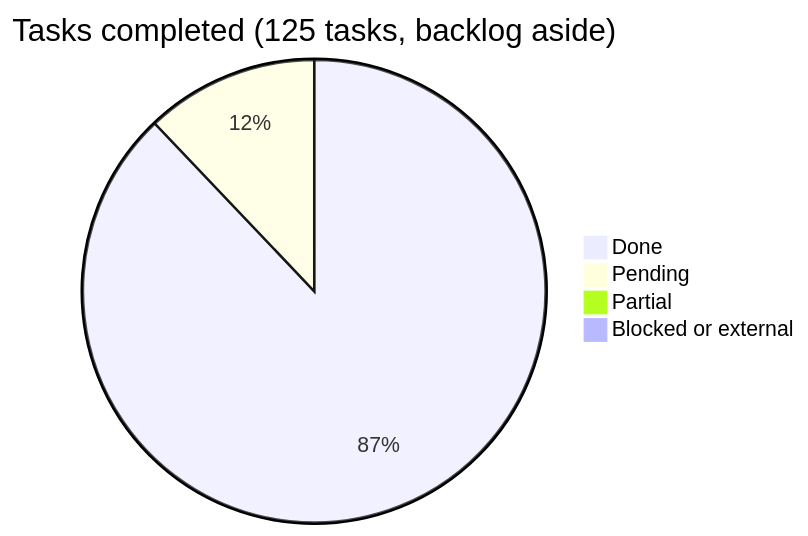
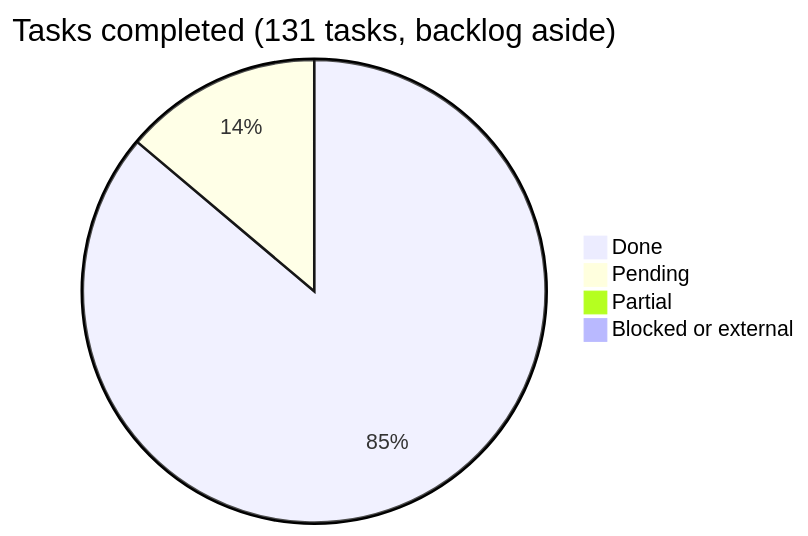
One commit to araguaney-lat/araguaney-app changed the diagram in docs/roadmap/README.md. Above: the diagram before and after it, drawn with Mermaid. The commit also changed other lines of this file and 5 other files, not shown here.

````diff
--- a/docs/roadmap/README.md
+++ b/docs/roadmap/README.md
@@ -23,7 +29,7 @@
 ```mermaid
-pie title Tasks completed (125 tasks, backlog aside)
-    "Done" : 109
-    "Pending" : 15
+pie title Tasks completed (131 tasks, backlog aside)
+    "Done" : 112
+    "Pending" : 18
     "Partial" : 1
     "Blocked or external" : 0
 ```
````
